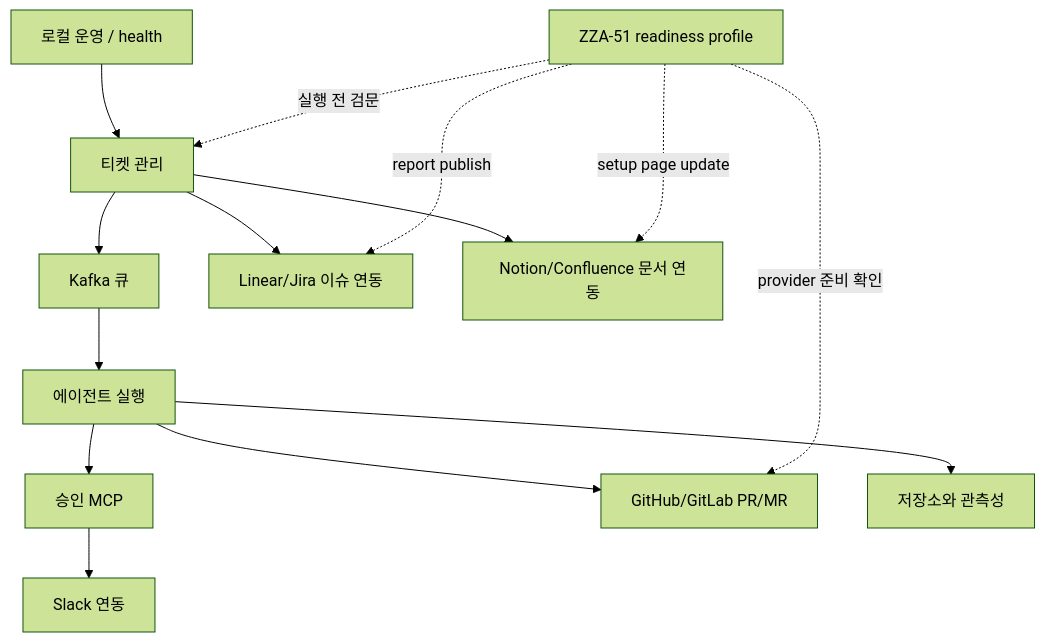
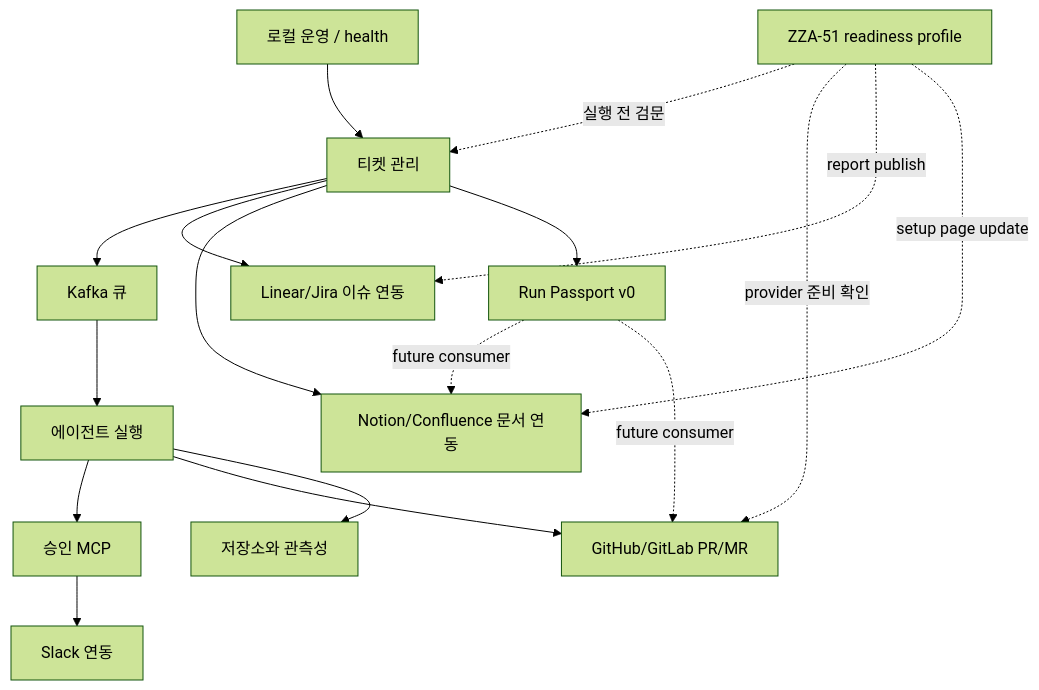
Before and after one commit to zzanghyunmoo/ReplaceMe: the second of 2 diagrams in docs/features/feature-status.md, drawn with Mermaid (forest theme). The commit also changed other lines of this file and 5 other files, not shown here.

Commit message:
docs: describe run passport minimum contract

````diff
--- a/docs/features/feature-status.md
+++ b/docs/features/feature-status.md
@@ -49,16 +50,19 @@
 ```mermaid
 flowchart TD
     Local[로컬 운영 / health] --> Ticket[티켓 관리]
     Ticket --> Queue[Kafka 큐]
     Queue --> Agent[에이전트 실행]
     Agent --> Approval[승인 MCP]
     Approval --> Slack[Slack 연동]
     Agent --> Repo[GitHub/GitLab PR/MR]
     Agent --> Persistence[저장소와 관측성]
     Ticket --> IssueProvider[Linear/Jira 이슈 연동]
     Ticket --> DocProvider[Notion/Confluence 문서 연동]
     Readiness[ZZA-51 readiness profile] -.실행 전 검문.-> Ticket
     Readiness -.provider 준비 확인.-> Repo
     Readiness -.report publish.-> IssueProvider
     Readiness -.setup page update.-> DocProvider
+    Ticket --> Passport[Run Passport v0]
+    Passport -.future consumer.-> DocProvider
+    Passport -.future consumer.-> Repo
 ```
````
